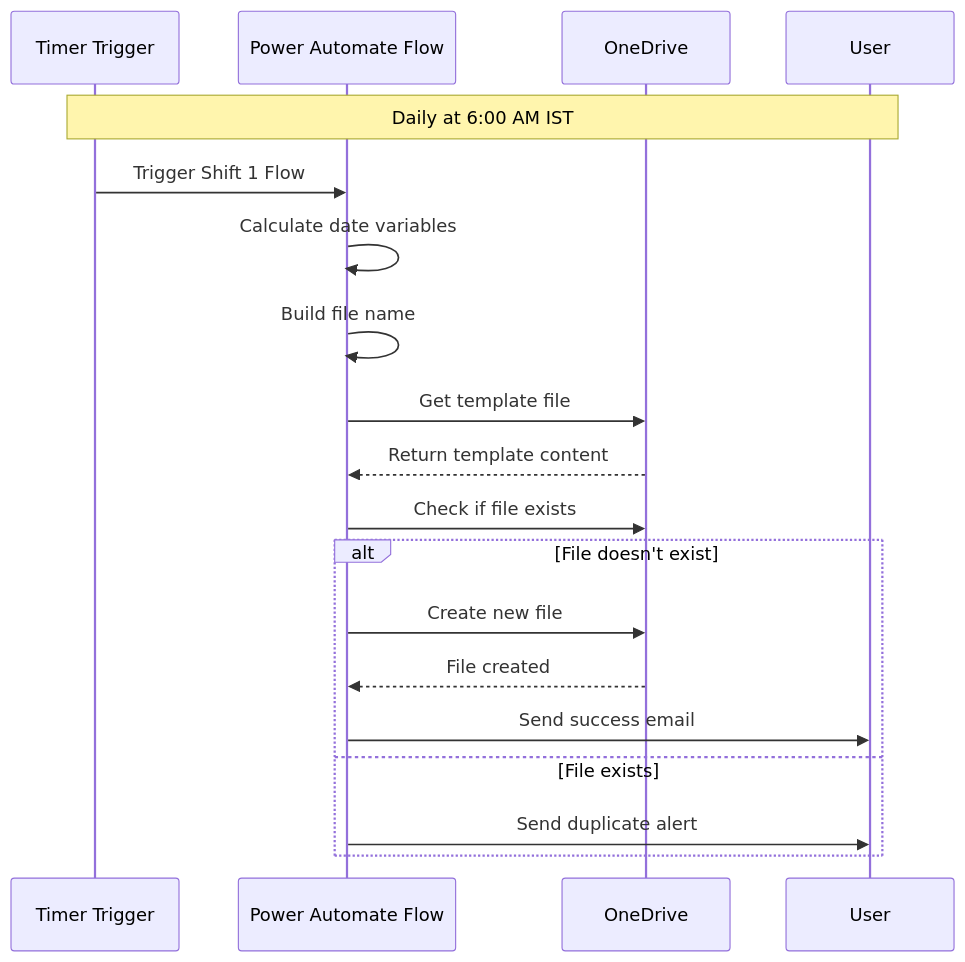
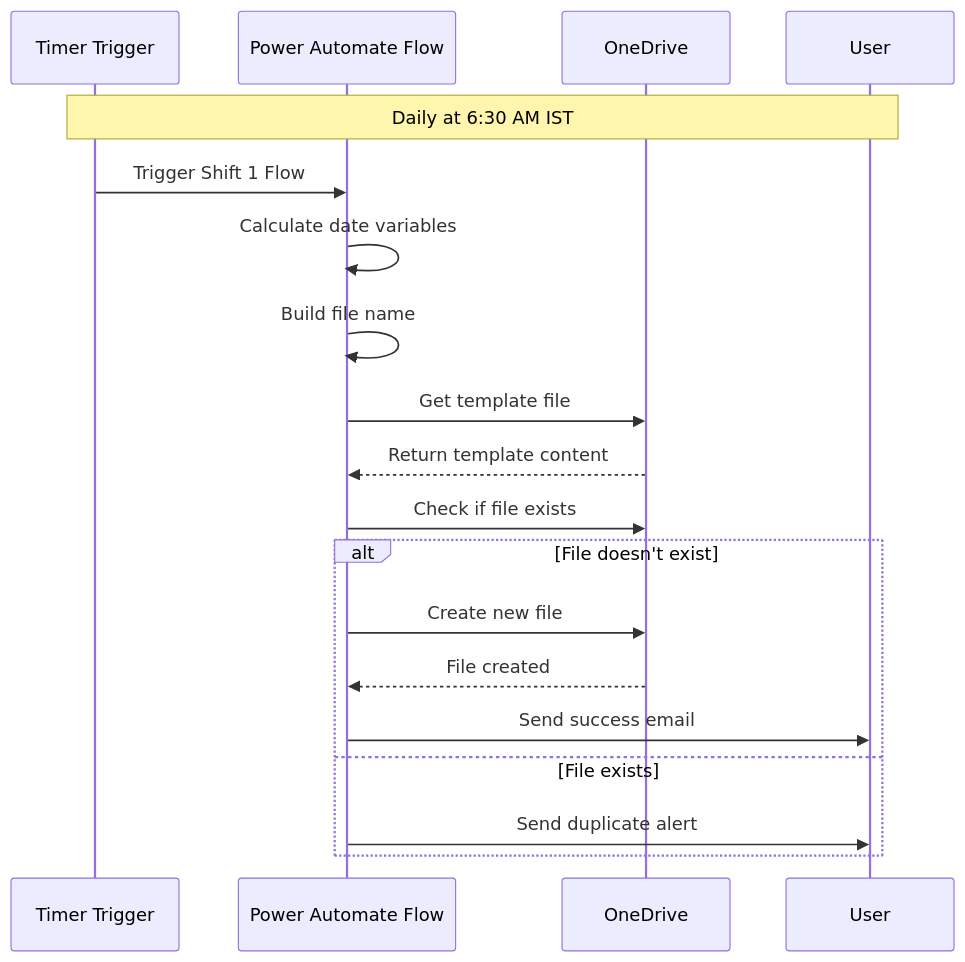
One commit to vignesh191024/Excel_Power_Automate changed the third of 4 diagrams in Quick_Reference_Guide.md. Above: the diagram before and after it, drawn with Mermaid. The commit also changed other lines of this file and 3 other files, not shown here.

Commit message:
Update Power Automate flow schedules: Monthly folder at 6:00 AM, Daily folder at 6:15 AM, Shift files at 6:30 AM, 2:30 PM, and 10:30 PM IST

````diff
--- a/Quick_Reference_Guide.md
+++ b/Quick_Reference_Guide.md
@@ -262,23 +262,23 @@
 ```mermaid
 sequenceDiagram
     participant T as Timer Trigger
     participant F as Power Automate Flow
     participant OD as OneDrive
     participant U as User
     
-    Note over T,U: Daily at 6:00 AM IST
+    Note over T,U: Daily at 6:30 AM IST
     
     T->>F: Trigger Shift 1 Flow
     F->>F: Calculate date variables
     F->>F: Build file name
     F->>OD: Get template file
     OD-->>F: Return template content
     F->>OD: Check if file exists
     alt File doesn't exist
         F->>OD: Create new file
         OD-->>F: File created
         F->>U: Send success email
     else File exists
         F->>U: Send duplicate alert
     end
 ```
````
